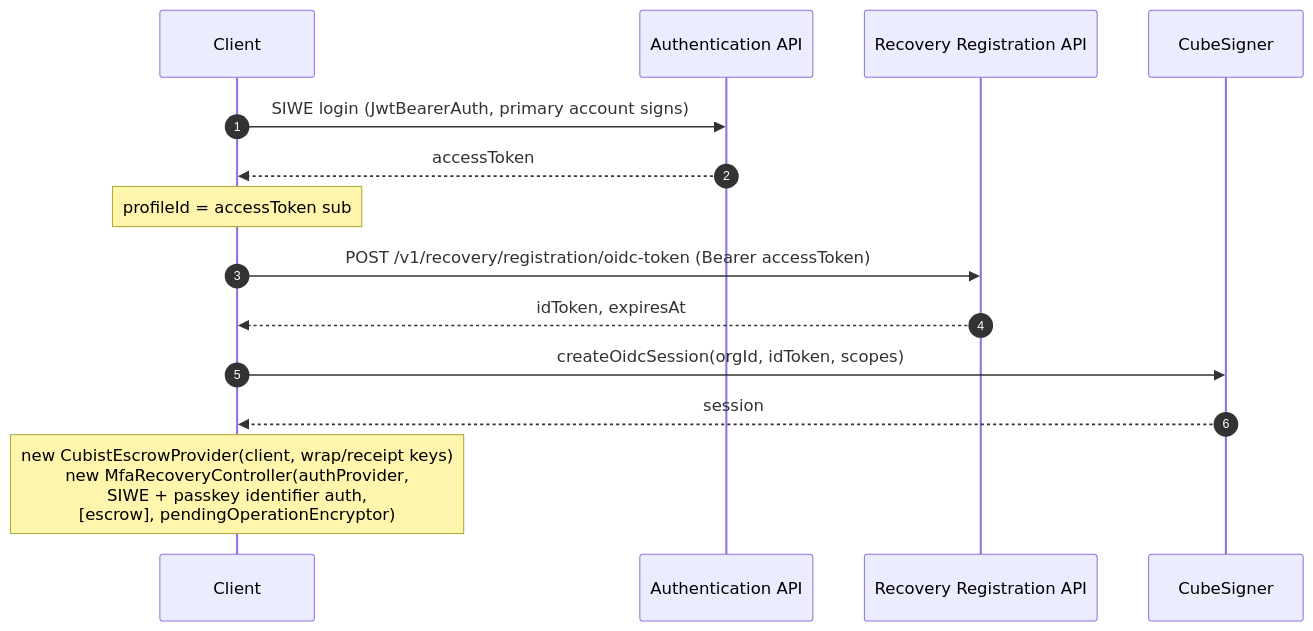
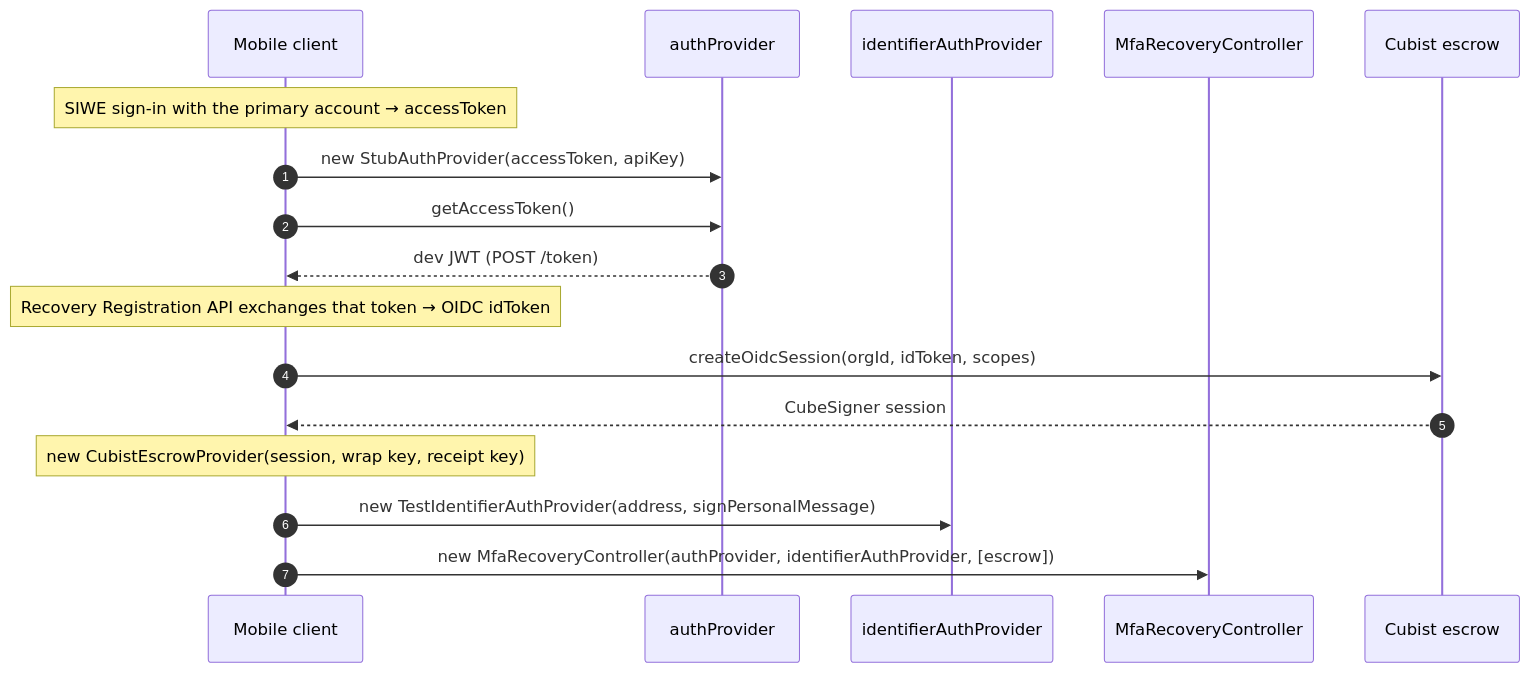
One commit to MetaMask/core changed the second of 5 diagrams in packages/mfa-recovery-controller/CUBIST_TEST_SEQUENCE.md. Above: the diagram before and after it, drawn with Mermaid. The commit also changed other lines of this file, not shown here.

First line of the commit message:
docs(mfa-recovery-controller): refine CUBIST_TEST_SEQUENCE.md for mobile developer test clarity

````diff
--- a/packages/mfa-recovery-controller/CUBIST_TEST_SEQUENCE.md
+++ b/packages/mfa-recovery-controller/CUBIST_TEST_SEQUENCE.md
@@ -59,17 +56,20 @@
 ```mermaid
 sequenceDiagram
   autonumber
-  participant Client
-  participant AuthAPI as Authentication API
-  participant Reg as Recovery Registration API
-  participant Cubist as CubeSigner
+  participant Mobile as Mobile client
+  participant Auth as authProvider
+  participant Id as identifierAuthProvider
+  participant C as MfaRecoveryController
+  participant Cubist as Cubist escrow
 
-  Client->>AuthAPI: SIWE login (JwtBearerAuth, primary account signs)
-  AuthAPI-->>Client: accessToken
-  Note over Client: profileId = accessToken sub
-  Client->>Reg: POST /v1/recovery/registration/oidc-token (Bearer accessToken)
-  Reg-->>Client: idToken, expiresAt
-  Client->>Cubist: createOidcSession(orgId, idToken, scopes)
-  Cubist-->>Client: session
-  Note over Client: new CubistEscrowProvider(client, wrap/receipt keys)<br/>new MfaRecoveryController(authProvider,<br/>SIWE + passkey identifier auth,<br/>[escrow], pendingOperationEncryptor)
+  Note over Mobile: SIWE sign-in with the primary account → accessToken
+  Mobile->>Auth: new StubAuthProvider(accessToken, apiKey)
+  Mobile->>Auth: getAccessToken()
+  Auth-->>Mobile: dev JWT (POST /token)
+  Note over Mobile: Recovery Registration API exchanges that token → OIDC idToken
+  Mobile->>Cubist: createOidcSession(orgId, idToken, scopes)
+  Cubist-->>Mobile: CubeSigner session
+  Note over Mobile: new CubistEscrowProvider(session, wrap key, receipt key)
+  Mobile->>Id: new TestIdentifierAuthProvider(address, signPersonalMessage)
+  Mobile->>C: new MfaRecoveryController(authProvider, identifierAuthProvider, [escrow])
 ```
````
